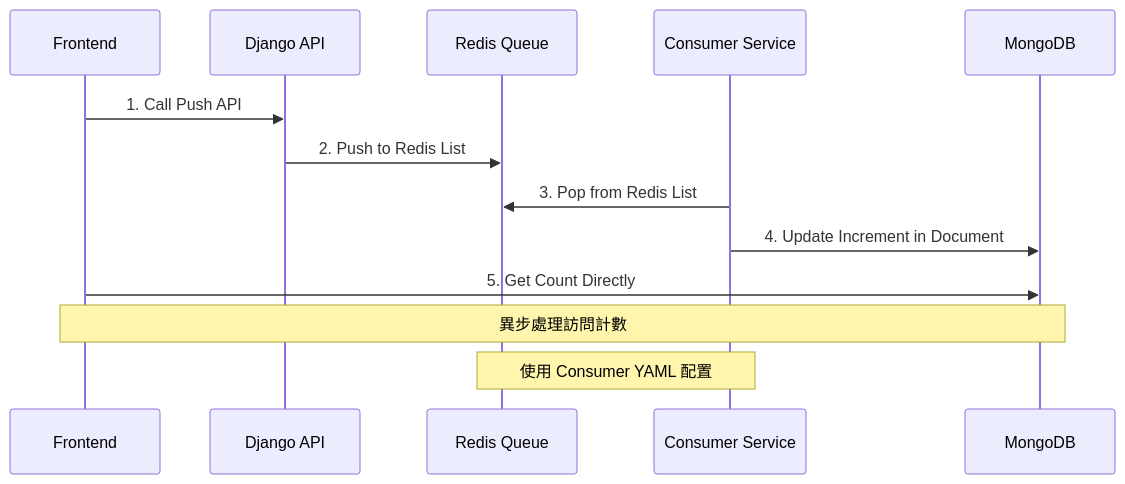
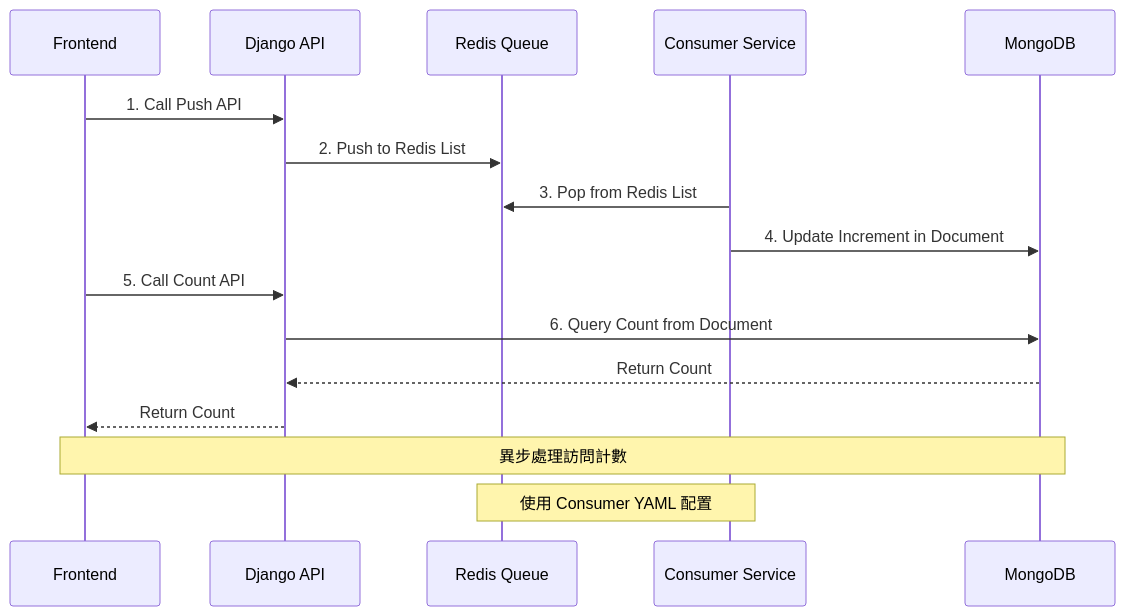
The fifth of 7 diagrams in README.md (Vinskao/ty-multiverse), drawn with Mermaid before and after one commit. The commit also changed other lines of this file and 4 other files, not shown here.

Commit message:
info: add radis chart

````diff
--- a/README.md
+++ b/README.md
@@ -127,17 +127,20 @@
 ```mermaid
 sequenceDiagram
     participant Frontend as Frontend
     participant Django as Django API
     participant Redis as Redis Queue
     participant Consumer as Consumer Service
     participant Mongo as MongoDB
 
     Frontend->>Django: 1. Call Push API
     Django->>Redis: 2. Push to Redis List
     Consumer->>Redis: 3. Pop from Redis List
     Consumer->>Mongo: 4. Update Increment in Document
-    Frontend->>Mongo: 5. Get Count Directly
+    Frontend->>Django: 5. Call Count API
+    Django->>Mongo: 6. Query Count from Document
+    Mongo-->>Django: Return Count
+    Django-->>Frontend: Return Count
 
     Note over Frontend,Mongo: 異步處理訪問計數
     Note over Redis,Consumer: 使用 Consumer YAML 配置
 ```
````
